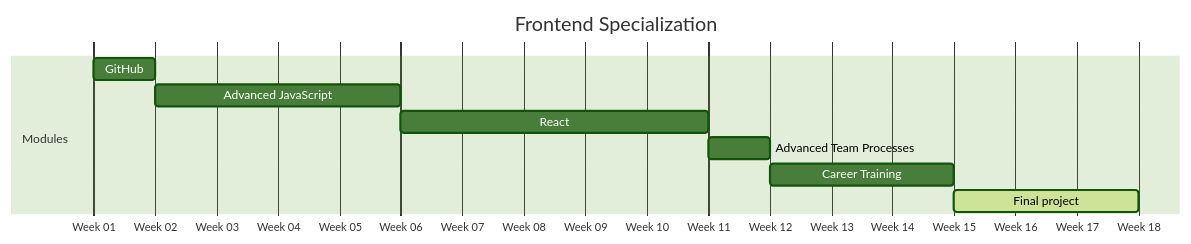
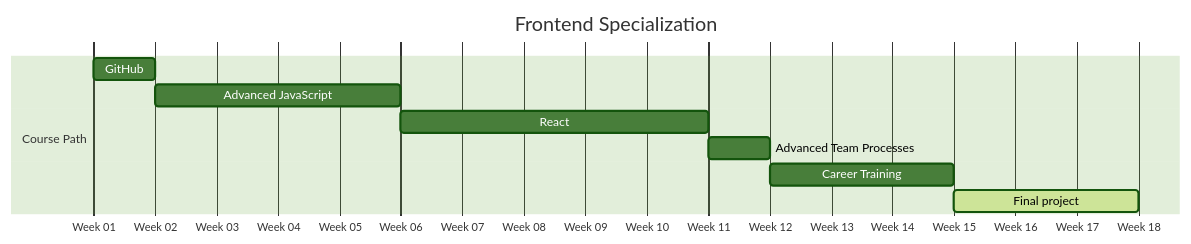
One commit to HackYourFuture-CPH/program changed the diagram in courses/Frontend/README.md. Above: the diagram before and after it, drawn with Mermaid (forest theme). The commit also changed 2 other files, not shown here.

````diff
--- a/courses/Frontend/README.md
+++ b/courses/Frontend/README.md
@@ -8,14 +8,14 @@
 ```mermaid
 gantt
     title Frontend Specialization
     dateFormat  YYYY-MM-DD
     axisFormat  Week %U
 
-    section Modules
+    section Course Path
     GitHub                      :a1, 2025-01-05, 1w
     Advanced JavaScript         :a2, after a1, 4w
     React                       :a3, after a2, 5w
     Advanced Team Processes     :a4, after a3, 1w
     Career Training             :a5, after a4, 3w
     Final project               :active, a6, after a5, 3w
 ```
````
